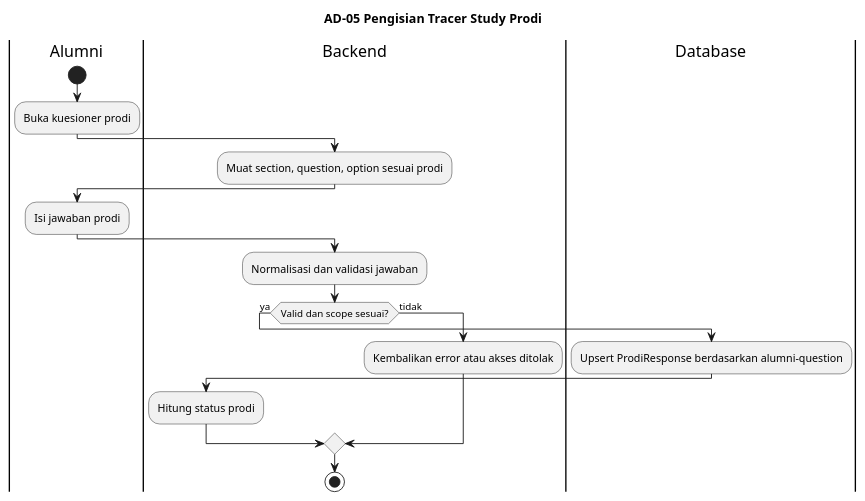
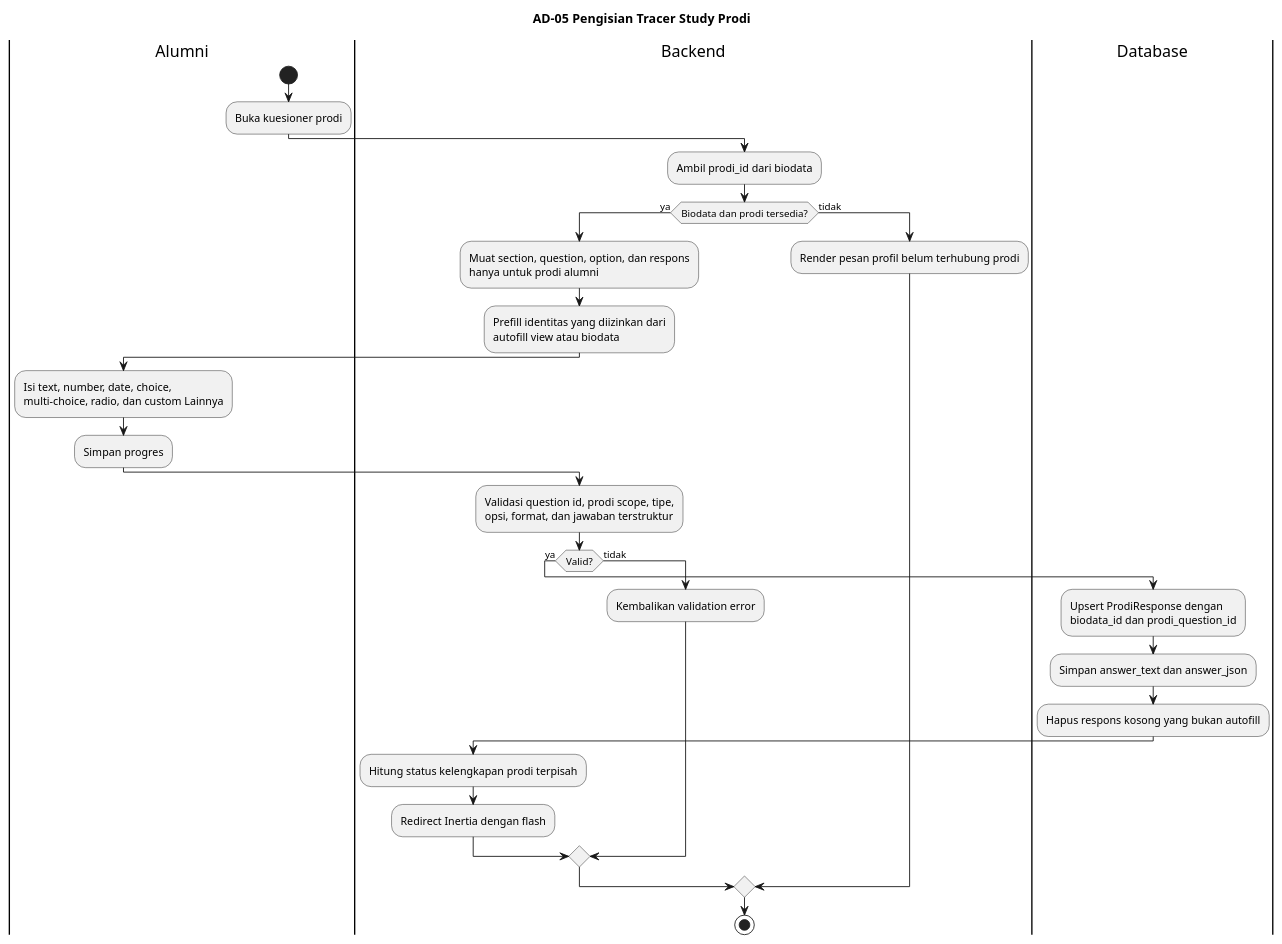
Before and after one commit to claraanjelitakd/tugas-akhir: the diagram in docs/uml/activity-diagrams/AD-05-tracer-prodi.puml, drawn with PlantUML. The commit also changed 83 other files, not shown here.

```diff
--- a/docs/uml/activity-diagrams/AD-05-tracer-prodi.puml
+++ b/docs/uml/activity-diagrams/AD-05-tracer-prodi.puml
@@ -1,21 +1,38 @@
 @startuml
 title AD-05 Pengisian Tracer Study Prodi
+
 |Alumni|
 start
 :Buka kuesioner prodi;
+
 |Backend|
-:Muat section, question, option sesuai prodi;
-|Alumni|
-:Isi jawaban prodi;
-|Backend|
-:Normalisasi dan validasi jawaban;
-if (Valid dan scope sesuai?) then (ya)
-  |Database|
-  :Upsert ProdiResponse berdasarkan alumni-question;
+:Ambil prodi_id dari biodata;
+if (Biodata dan prodi tersedia?) then (ya)
+  :Muat section, question, option, dan respons
+  hanya untuk prodi alumni;
+  :Prefill identitas yang diizinkan dari
+  autofill view atau biodata;
+  |Alumni|
+  :Isi text, number, date, choice,
+  multi-choice, radio, dan custom Lainnya;
+  :Simpan progres;
   |Backend|
-  :Hitung status prodi;
+  :Validasi question id, prodi scope, tipe,
+  opsi, format, dan jawaban terstruktur;
+  if (Valid?) then (ya)
+    |Database|
+    :Upsert ProdiResponse dengan
+    biodata_id dan prodi_question_id;
+    :Simpan answer_text dan answer_json;
+    :Hapus respons kosong yang bukan autofill;
+    |Backend|
+    :Hitung status kelengkapan prodi terpisah;
+    :Redirect Inertia dengan flash;
+  else (tidak)
+    :Kembalikan validation error;
+  endif
 else (tidak)
-  :Kembalikan error atau akses ditolak;
+  :Render pesan profil belum terhubung prodi;
 endif
 stop
 @enduml
```
